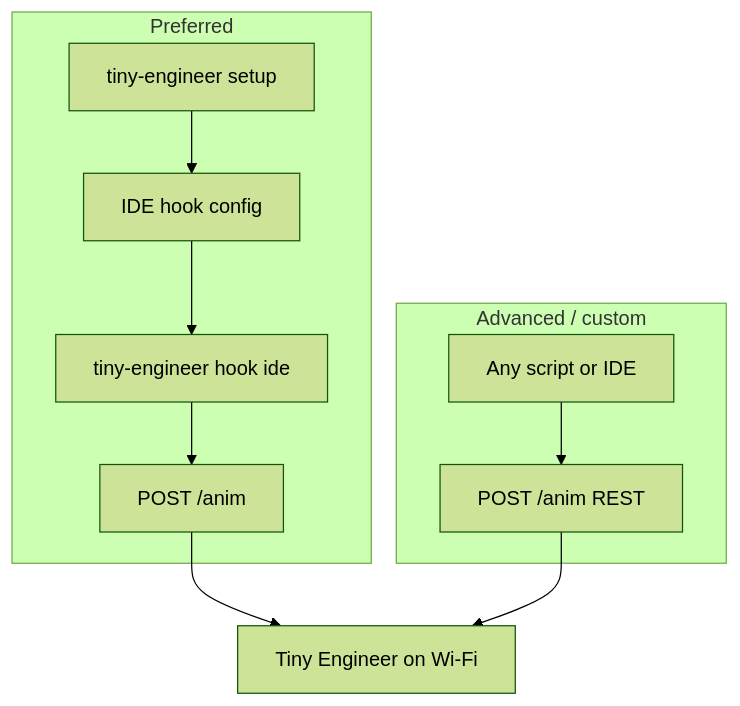
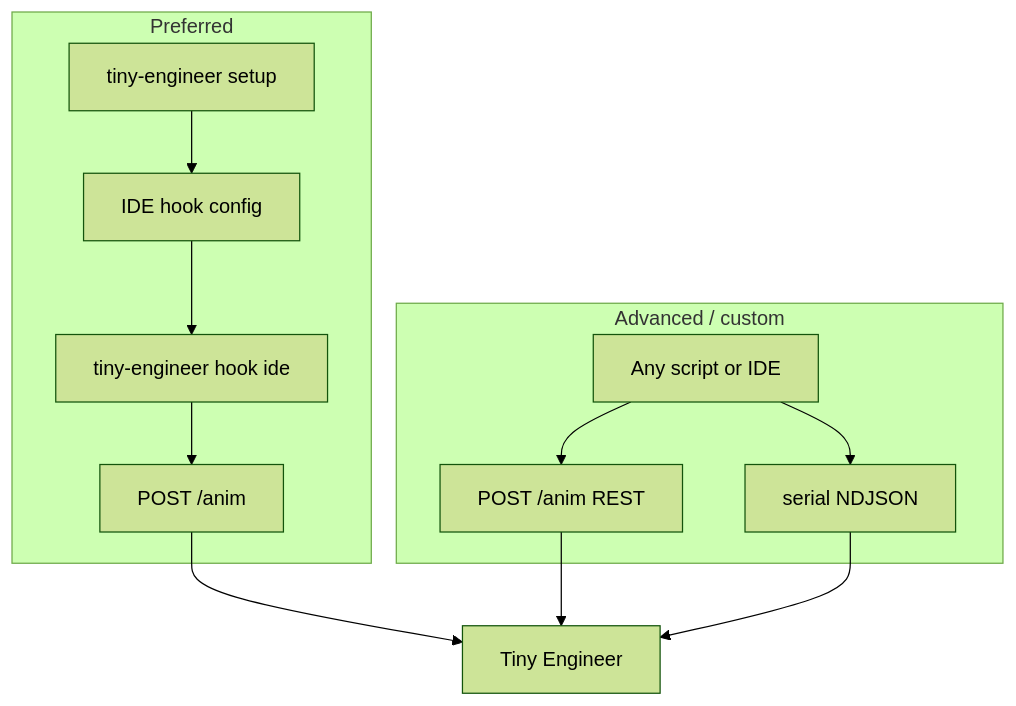
The diagram in docs/integration.md (jamro/tiny-engineer), drawn with Mermaid (forest theme) before and after one commit. The commit also changed other lines of this file and 43 other files, not shown here.

````diff
--- a/docs/integration.md
+++ b/docs/integration.md
@@ -12,14 +13,16 @@
 ```mermaid
 flowchart TB
   subgraph preferred [Preferred]
     Setup["tiny-engineer setup"]
     Setup --> Hooks[IDE hook config]
     Hooks --> Cli["tiny-engineer hook ide"]
     Cli --> Anim["POST /anim"]
   end
   subgraph advanced [Advanced / custom]
     Script[Any script or IDE] --> Rest["POST /anim REST"]
+    Script --> Serial["serial NDJSON"]
   end
-  Anim --> Robot[Tiny Engineer on Wi-Fi]
+  Anim --> Robot[Tiny Engineer]
   Rest --> Robot
+  Serial --> Robot
 ```
````
